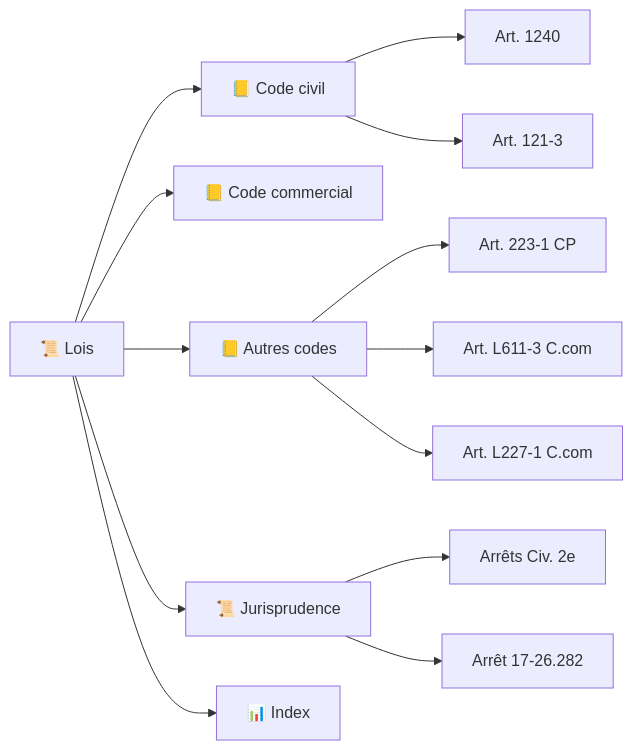
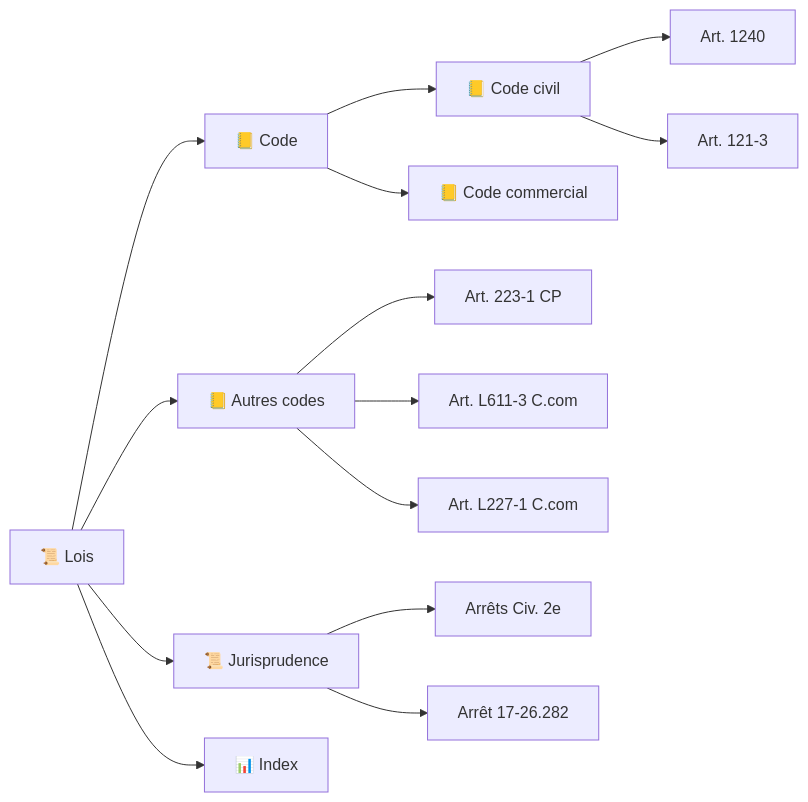
One commit to criloOcom/accident-main changed the diagram in 📜 Lois/README.md. Above: the diagram before and after it, drawn with Mermaid. The commit also changed other lines of this file and 52 other files, not shown here.

````diff
--- a/📜 Lois/README.md
+++ b/📜 Lois/README.md
@@ -19,15 +19,16 @@
 ```mermaid
 graph LR
-    L[📜 Lois] --> C[📒 Code civil]
-    L --> CO[📒 Code commercial]
+    L[📜 Lois] --> CD[📒 Code]
+    CD --> C[📒 Code civil]
+    CD --> CO[📒 Code commercial]
     L --> AC[📒 Autres codes]
     L --> J[📜 Jurisprudence]
     L --> I[📊 Index]
     C --> C1[Art. 1240]
     C --> C2[Art. 121-3]
     AC --> AC1[Art. 223-1 CP]
     AC --> AC2[Art. L611-3 C.com]
     AC --> AC3[Art. L227-1 C.com]
     J --> J1[Arrêts Civ. 2e]
     J --> J2[Arrêt 17-26.282]
 ```
````
